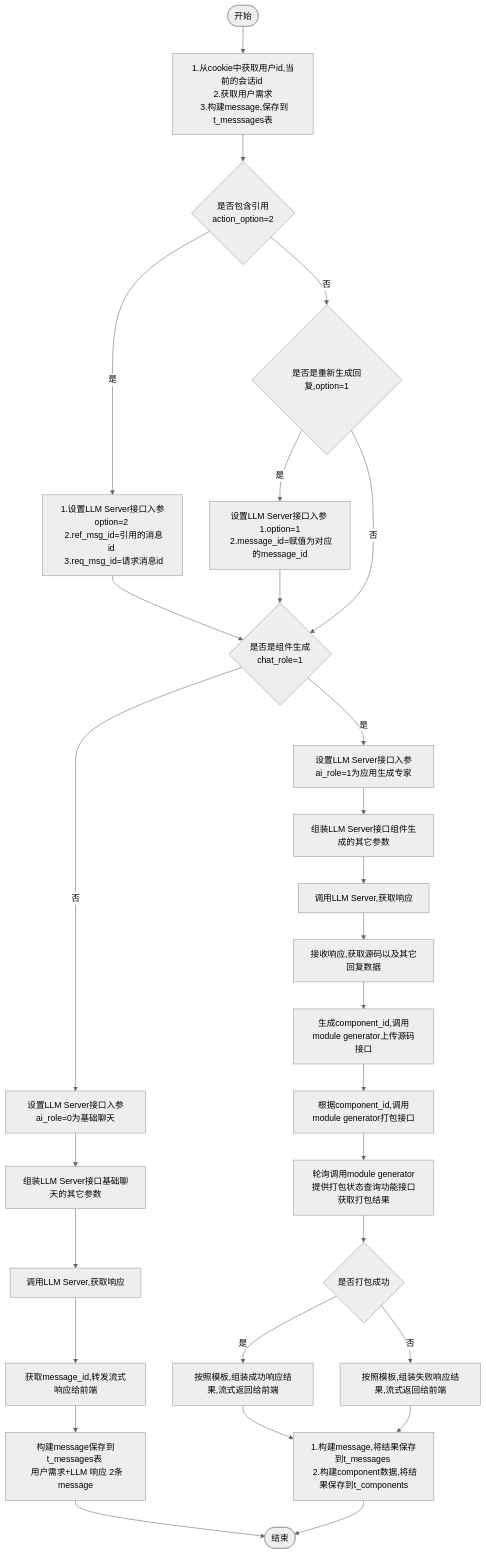
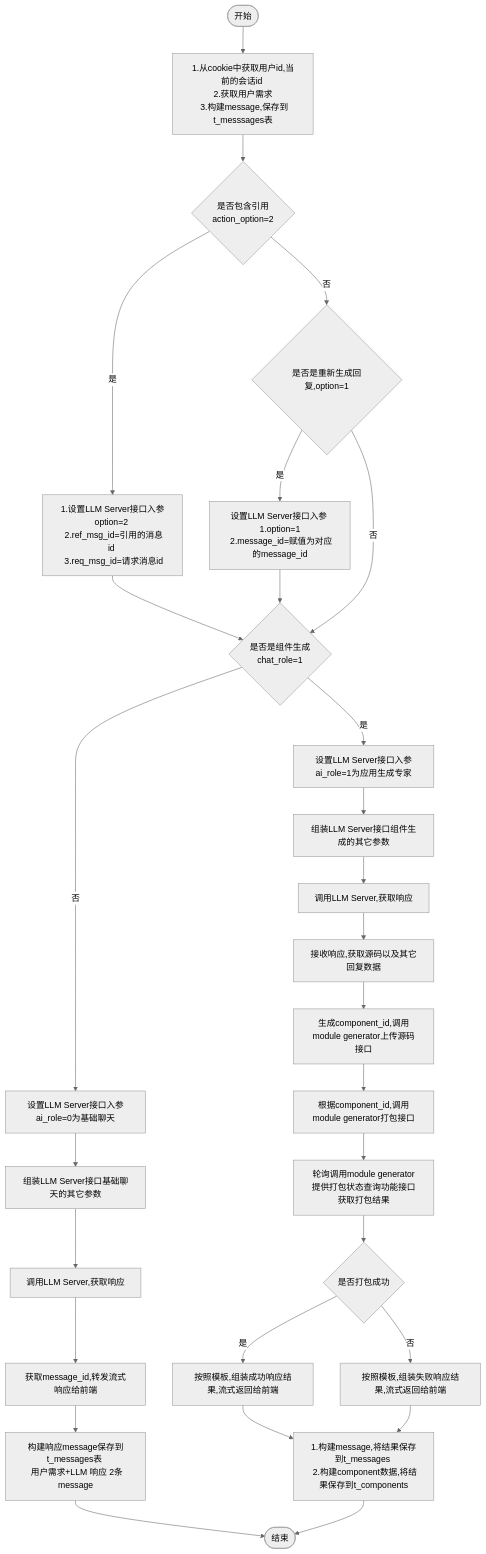
One commit to yingjianzh/iodraw-files changed the diagram in all/w3-会话-不需要传递message.md. Above: the diagram before and after it, drawn with Mermaid (neutral theme).

Commit message:
2024-10-15 15:04:28 update

````diff
--- a/all/w3-会话-不需要传递message.md
+++ b/all/w3-会话-不需要传递message.md
@@ -1,34 +1,34 @@
 ```mermaid
 flowchart TD
     A([开始]) --> B[1.从cookie中获取用户id,当前的会话id \n 2.获取用户需求 \n 3.构建message,保存到t_messsages表]
     B--> D{是否包含引用 \n action_option=2}
     D -- 是 --> E[1.设置LLM Server接口入参option=2 \n 2.ref_msg_id=引用的消息id \n 3.req_msg_id=请求消息id]
     D -- 否 --> F{是否是重新生成回复,option=1}
     F -- 是 --> G[设置LLM Server接口入参 \n 1.option=1 \n 2.message_id=赋值为对应的message_id]
     F -- 否 --> I
      
-    E & G --> I{是否是组件生成 \nchat_role=1}
+    E & G --> I{是否是组件生成 \n chat_role=1}
     I -- 否 --> K[设置LLM Server接口入参ai_role=0为基础聊天]
     I -- 是 --> J[设置LLM Server接口入参ai_role=1为应用生成专家]
     
 
     J --> L[组装LLM Server接口组件生成的其它参数]    
     K --> M[组装LLM Server接口基础聊天的其它参数]    
     M --> N[调用LLM Server,获取响应]    
     N --> O[获取message_id,转发流式响应给前端]
-    O --> P[构建message保存到t_messages表 \n 用户需求+LLM 响应 2条message]
+    O --> P[构建响应message保存到t_messages表 \n 用户需求+LLM 响应 2条message]
     P --> R([结束])
 
 
     L --> S[调用LLM Server,获取响应]
     S --> T[接收响应,获取源码以及其它回复数据]
     T --> U[生成component_id,调用module generator上传源码接口]
     U --> V[根据component_id,调用module generator打包接口]
     V --> W[轮询调用module generator提供打包状态查询功能接口获取打包结果]
     W --> X{是否打包成功}
     X -- 是 --> Y[按照模板,组装成功响应结果,流式返回给前端]
     X -- 否 --> Z[按照模板,组装失败响应结果,流式返回给前端]
 
     Y & Z --> Result[1.构建message,将结果保存到t_messages \n 2.构建component数据,将结果保存到t_components]
     Result --> R
 ```
````
